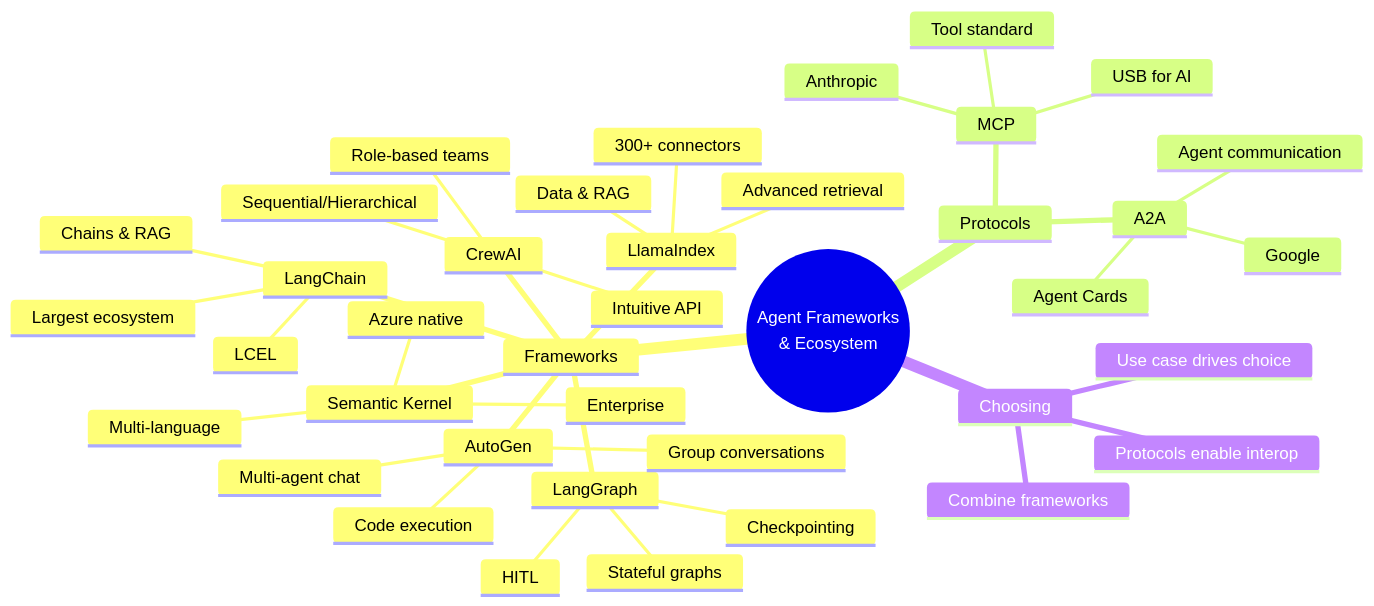
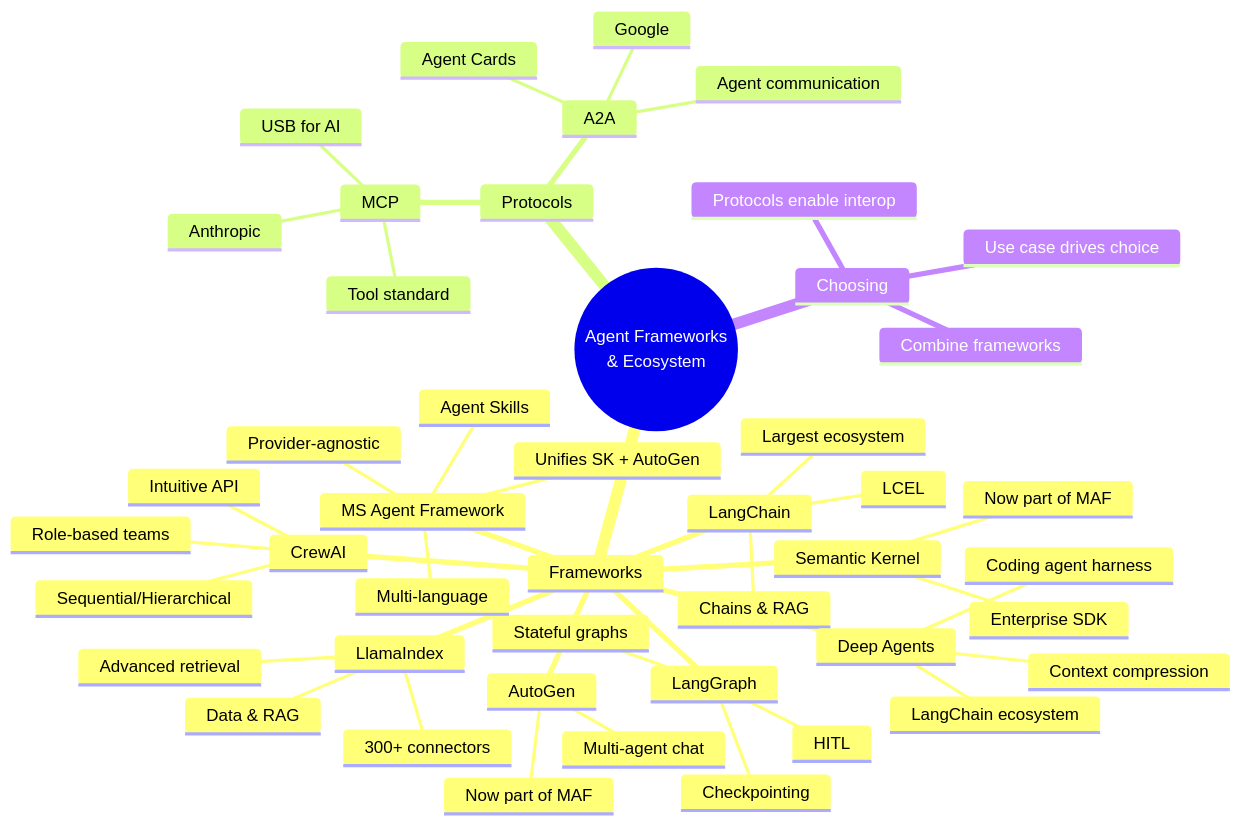
Before and after one commit to roie9876/AI-Agent-Platform: diagram 19 of 19 in education/en/16-agent-frameworks.md, drawn with Mermaid. The commit also changed other lines of this file and 1 other file, not shown here.

First line of the commit message:
feat: add Microsoft Agent Framework and Deep Agents to chapter 16

````diff
--- a/education/en/16-agent-frameworks.md
+++ b/education/en/16-agent-frameworks.md
@@ -726,42 +845,49 @@
 ```mermaid
 mindmap
   root((Agent Frameworks<br/>& Ecosystem))
     Frameworks
       LangChain
         Chains & RAG
         Largest ecosystem
         LCEL
       LangGraph
         Stateful graphs
         Checkpointing
         HITL
+      MS Agent Framework
+        Unifies SK + AutoGen
+        Multi-language
+        Provider-agnostic
+        Agent Skills
       Semantic Kernel
-        Enterprise
-        Multi-language
-        Azure native
+        Enterprise SDK
+        Now part of MAF
       AutoGen
         Multi-agent chat
-        Code execution
-        Group conversations
+        Now part of MAF
+      Deep Agents
+        Coding agent harness
+        Context compression
+        LangChain ecosystem
       CrewAI
         Role-based teams
         Intuitive API
         Sequential/Hierarchical
       LlamaIndex
         Data & RAG
         300+ connectors
         Advanced retrieval
     Protocols
       MCP
         Tool standard
         Anthropic
         USB for AI
       A2A
         Agent communication
         Google
         Agent Cards
     Choosing
       Use case drives choice
       Combine frameworks
       Protocols enable interop
 ```
````
